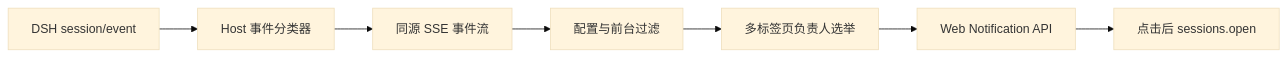
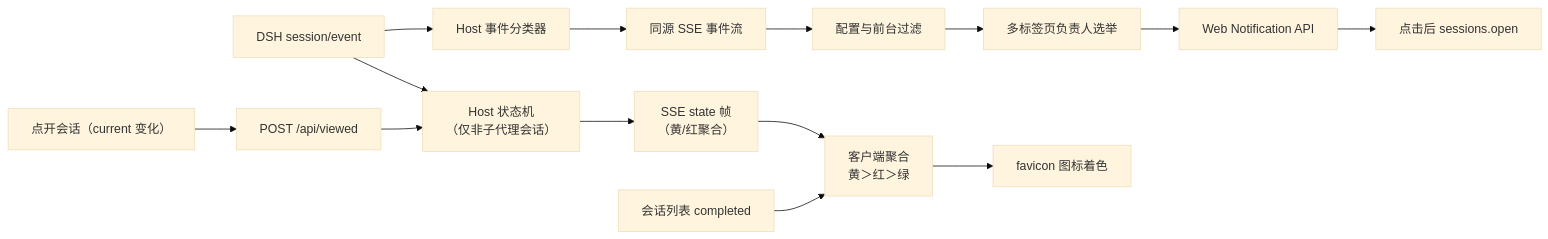
Before and after one commit to Ycet/dsh-notifications: the diagram in README.md, drawn with Mermaid (base theme). The commit also changed other lines of this file and 12 other files, not shown here.

First line of the commit message:
feat: 新增标签页鲸鱼图标状态变色功能

````diff
--- a/README.md
+++ b/README.md
@@ -133,9 +154,16 @@
 ```mermaid
 flowchart LR
     E["DSH session/event"] --> C["Host 事件分类器"]
     C --> S["同源 SSE 事件流"]
     S --> F["配置与前台过滤"]
     F --> L["多标签页负责人选举"]
     L --> N["Web Notification API"]
     N --> O["点击后 sessions.open"]
+    E --> T["Host 状态机<br/>（仅非子代理会话）"]
+    T --> S2["SSE state 帧<br/>（黄/红聚合）"]
+    S2 --> V["客户端聚合<br/>黄＞红＞绿"]
+    B["会话列表 completed"] --> V
+    V --> I["favicon 图标着色"]
+    U["点开会话（current 变化）"] --> P["POST /api/viewed"]
+    P --> T
 ```
````
